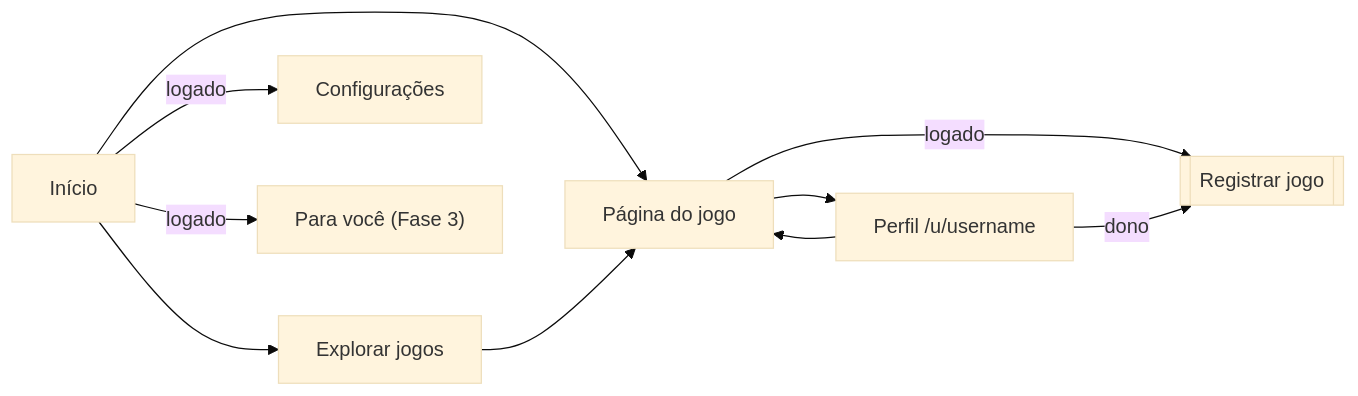
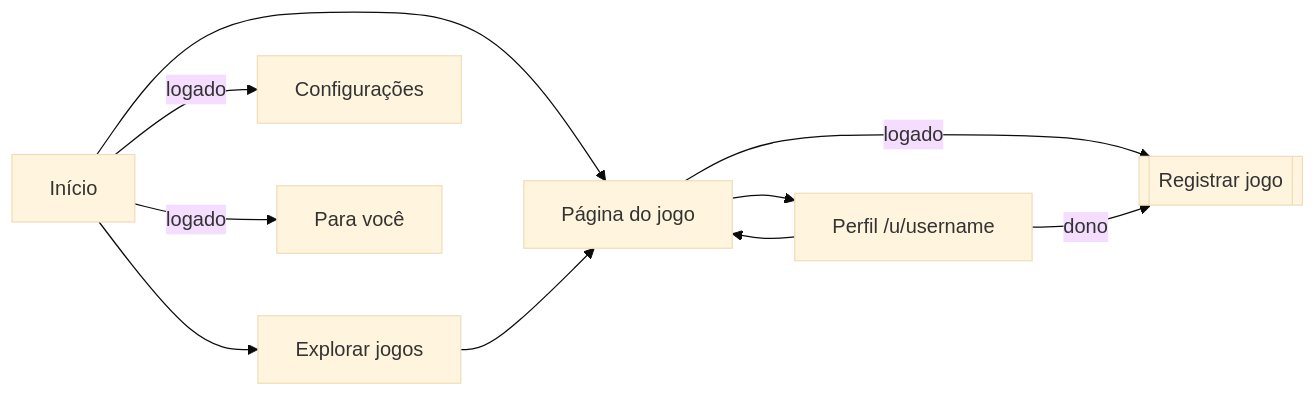
The diagram in docs/02-telas.md (kauanunnes/game-log-backend), drawn with Mermaid (base theme) before and after one commit. The commit also changed other lines of this file and 4 other files, not shown here.

````diff
--- a/docs/02-telas.md
+++ b/docs/02-telas.md
@@ -7,12 +7,12 @@
 ```mermaid
 flowchart LR
     inicio[Início] --> explorar[Explorar jogos]
     inicio --> jogo[Página do jogo]
     explorar --> jogo
     jogo --> perfil["Perfil /u/username"]
     perfil --> jogo
     jogo -->|logado| registrar[[Registrar jogo]]
     perfil -->|dono| registrar
     inicio -->|logado| config[Configurações]
-    inicio -->|logado| paraVoce["Para você (Fase 3)"]
+    inicio -->|logado| paraVoce["Para você"]
 ```
````
